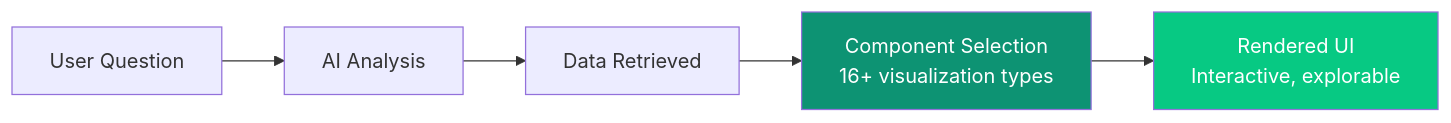
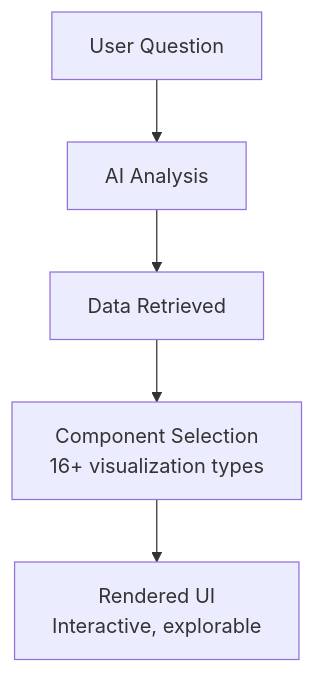
One commit to ashishsuperatom/tech-docs changed the fifth of 9 diagrams in introduction/problems.mdx. Above: the diagram before and after it, drawn with Mermaid. The commit also changed other lines of this file and 37 other files, not shown here.

First line of the commit message:
Clean up docs: remove em-dashes, fix mermaid diagrams, remove emojis

````diff
--- a/introduction/problems.mdx
+++ b/introduction/problems.mdx
@@ -206,10 +196,8 @@
 ```mermaid
-flowchart LR
+flowchart TD
     Q["User Question"] --> AI["AI Analysis"]
     AI --> DATA["Data Retrieved"]
     DATA --> SELECT["Component Selection<br>16+ visualization types"]
     SELECT --> RENDER["Rendered UI<br>Interactive, explorable"]
 
-    style SELECT fill:#0D9373,color:#fff
-    style RENDER fill:#07C983,color:#fff
 ```
````
